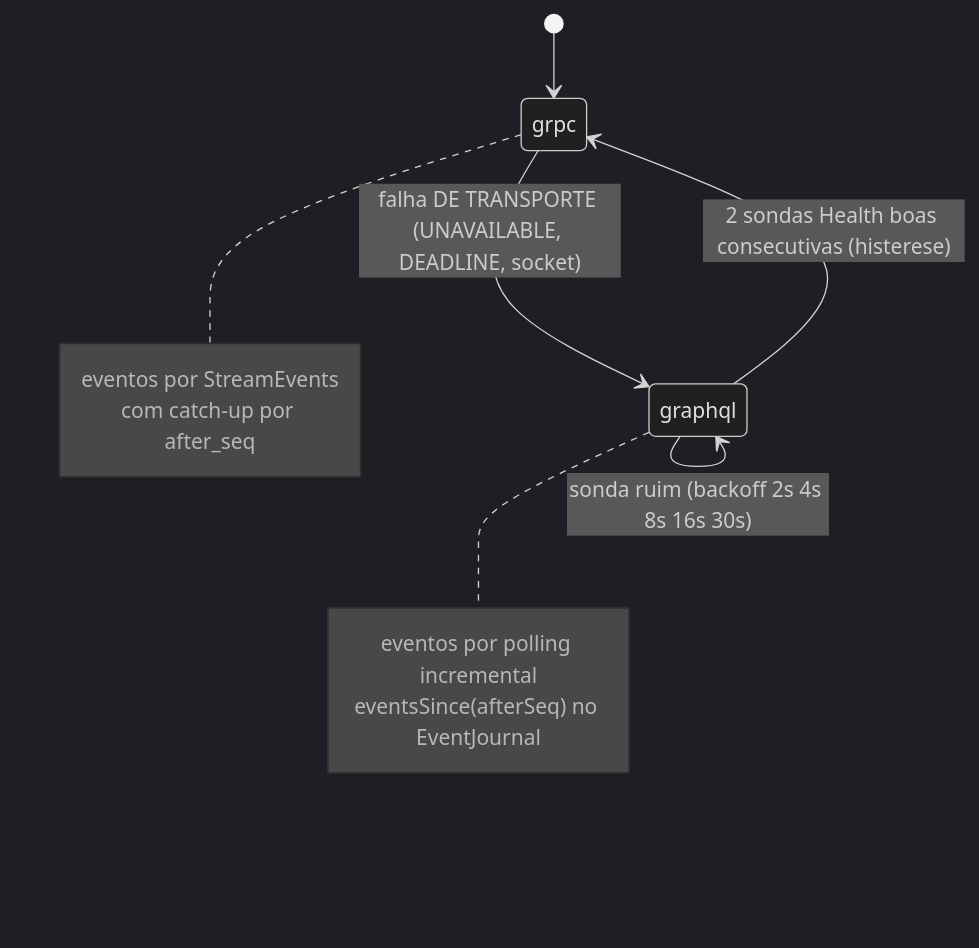
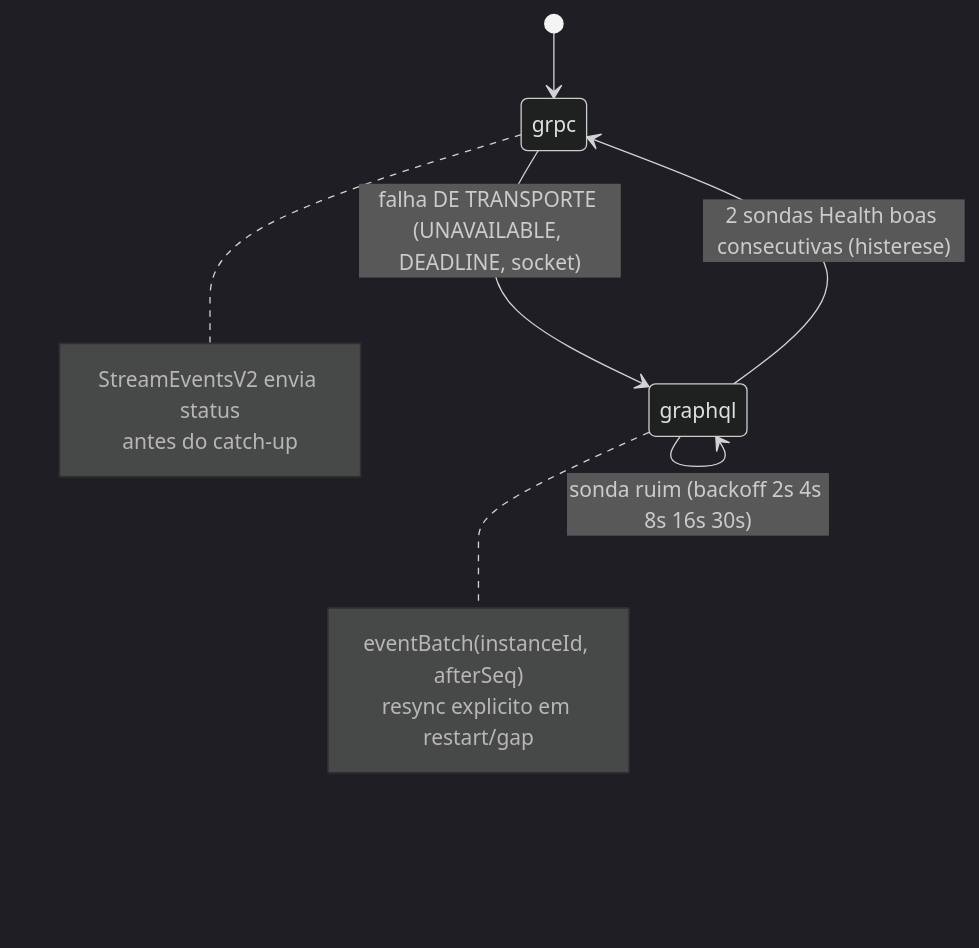
One commit to flaviotinococoutinho/Gridsmith changed the diagram in docs/adr/ADR-017-grpc-caminho-quente-com-fallback.md. Above: the diagram before and after it, drawn with Mermaid (dark theme). The commit also changed other lines of this file and 50 other files, not shown here.

````diff
--- a/docs/adr/ADR-017-grpc-caminho-quente-com-fallback.md
+++ b/docs/adr/ADR-017-grpc-caminho-quente-com-fallback.md
@@ -21,15 +20,15 @@
 ```mermaid
 stateDiagram-v2
   [*] --> grpc
   grpc --> graphql : falha DE TRANSPORTE (UNAVAILABLE, DEADLINE, socket)
   graphql --> graphql : sonda ruim (backoff 2s 4s 8s 16s 30s)
   graphql --> grpc : 2 sondas Health boas consecutivas (histerese)
   note right of graphql
-    eventos por polling incremental
-    eventsSince(afterSeq) no EventJournal
+    eventBatch(instanceId, afterSeq)
+    resync explicito em restart/gap
   end note
   note right of grpc
-    eventos por StreamEvents
-    com catch-up por after_seq
+    StreamEventsV2 envia status
+    antes do catch-up
   end note
 ```
````
